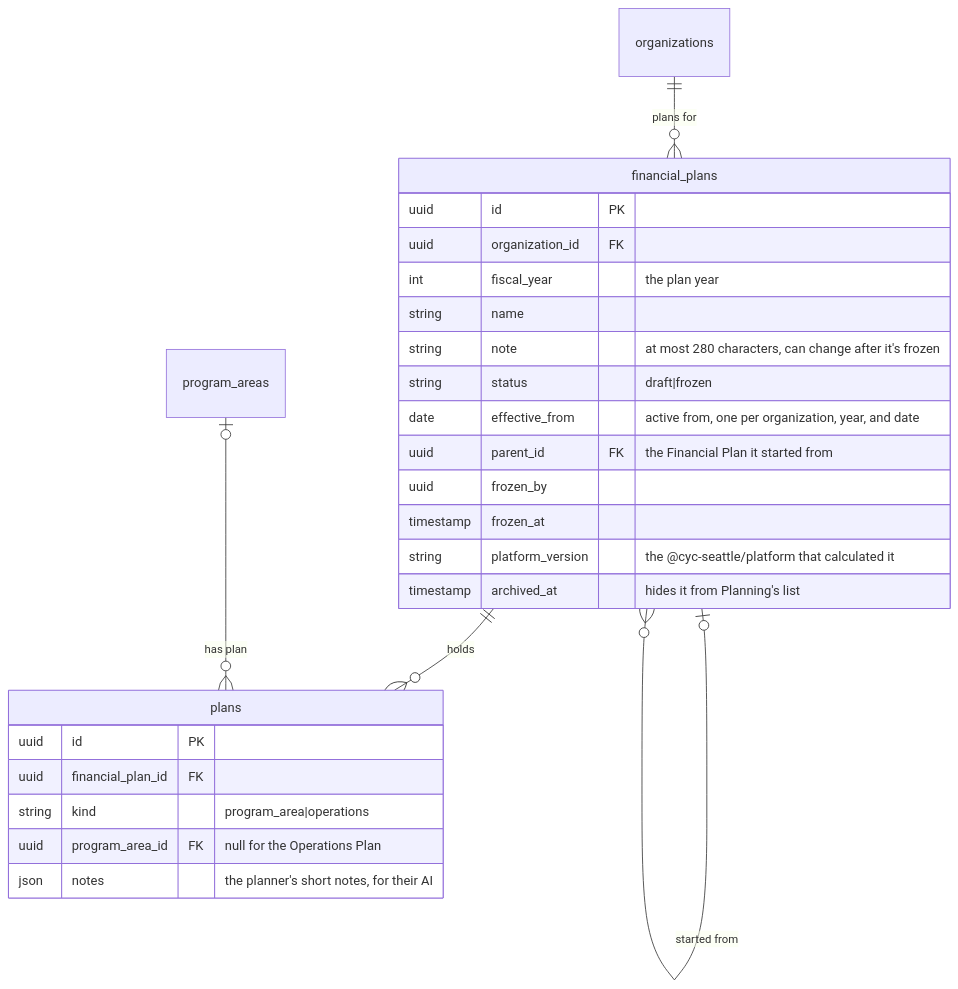
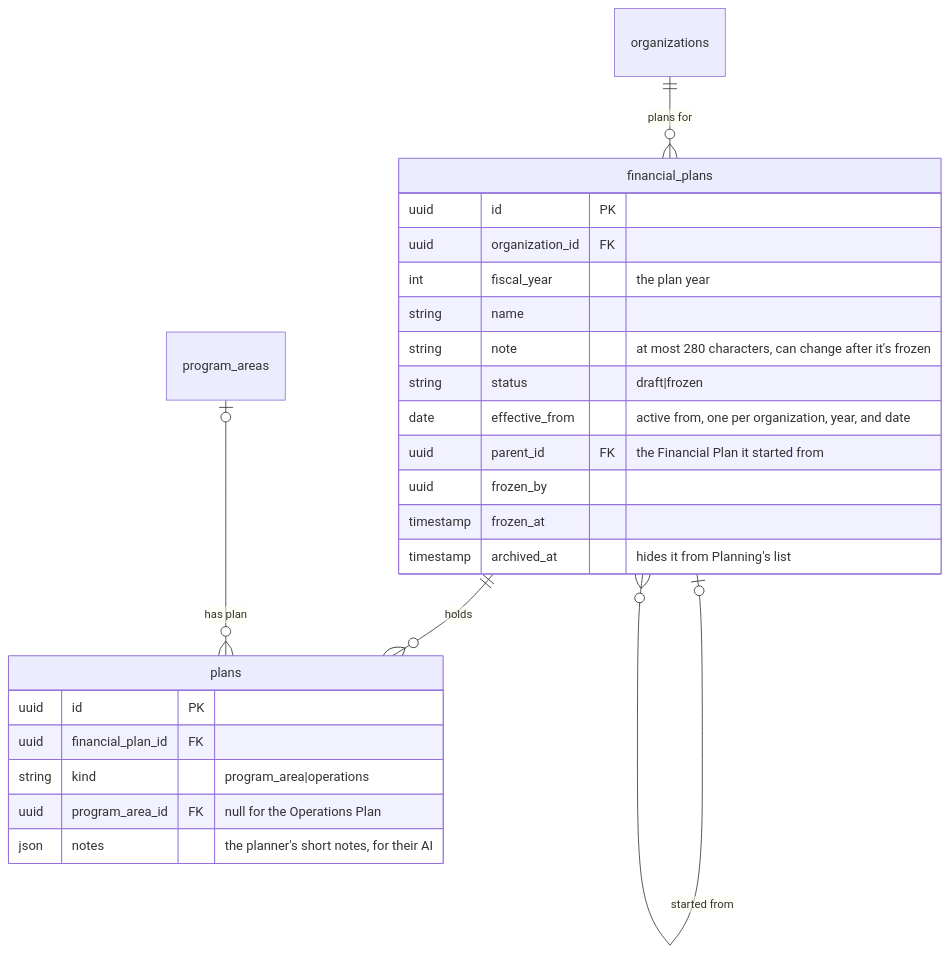
One commit to cyc-seattle/platform changed the third of 7 diagrams in docs/planning-schema.md. Above: the diagram before and after it, drawn with Mermaid. The commit also changed other lines of this file and 17 other files, not shown here.

````diff
--- a/docs/planning-schema.md
+++ b/docs/planning-schema.md
@@ -186,29 +186,28 @@
 ```mermaid
 erDiagram
     organizations ||--o{ financial_plans : "plans for"
     financial_plans |o--o{ financial_plans : "started from"
     financial_plans ||--o{ plans : holds
     program_areas |o--o{ plans : "has plan"
 
     financial_plans {
         uuid id PK
         uuid organization_id FK
         int fiscal_year "the plan year"
         string name
         string note "at most 280 characters, can change after it's frozen"
         string status "draft|frozen"
         date effective_from "active from, one per organization, year, and date"
         uuid parent_id FK "the Financial Plan it started from"
         uuid frozen_by
         timestamp frozen_at
-        string platform_version "the @cyc-seattle/platform that calculated it"
         timestamp archived_at "hides it from Planning's list"
     }
     plans {
         uuid id PK
         uuid financial_plan_id FK
         string kind "program_area|operations"
         uuid program_area_id FK "null for the Operations Plan"
         json notes "the planner's short notes, for their AI"
     }
 ```
````
